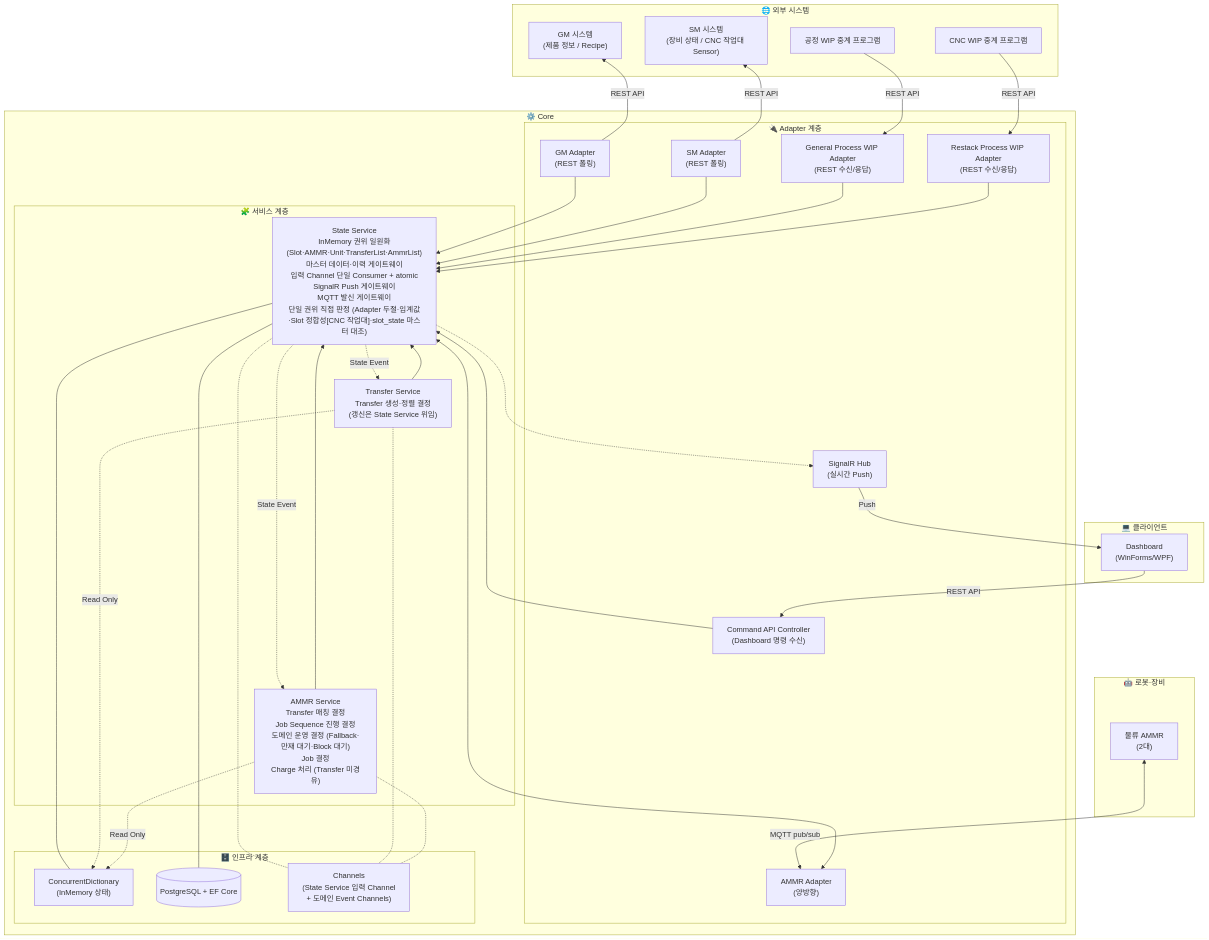
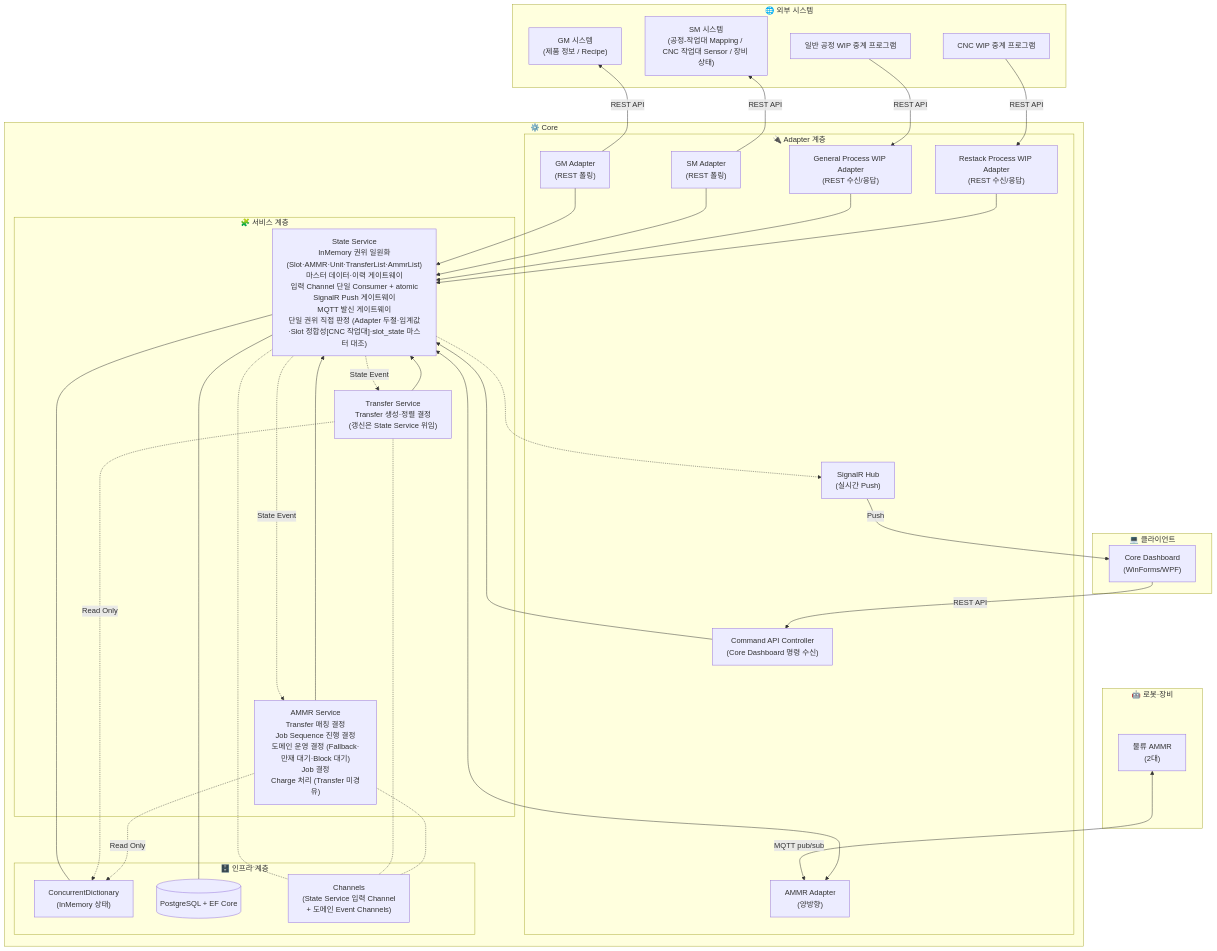
The third of 3 diagrams in docs/Core_SAD.md (kimminsu0315/Core-Docs), drawn with Mermaid before and after one commit. The commit also changed other lines of this file and 17 other files, not shown here.

```diff
--- a/docs/Core_SAD.md
+++ b/docs/Core_SAD.md
@@ -286,8 +279,8 @@
 flowchart TB
     subgraph External["🌐 외부 시스템"]
         GM["GM 시스템<br/>(제품 정보 / Recipe)"]
-        SM["SM 시스템<br/>(장비 상태 / CNC 작업대 Sensor)"]
-        WIPGen["공정 WIP 중계 프로그램"]
+        SM["SM 시스템<br/>(공정-작업대 Mapping / CNC 작업대 Sensor / 장비 상태)"]
+        WIPGen["일반 공정 WIP 중계 프로그램"]
         WIPRestack["CNC WIP 중계 프로그램"]
     end
 
@@ -296,7 +289,7 @@
     end
 
     subgraph Client["💻 클라이언트"]
-        Dashboard["Dashboard<br/>(WinForms/WPF)"]
+        CoreDashboard["Core Dashboard<br/>(WinForms/WPF)"]
     end
 
     subgraph Core["⚙️ Core"]
@@ -307,7 +300,7 @@
             WIPRestackAdapter["Restack Process WIP Adapter<br/>(REST 수신/응답)"]
             MQTTAdapter["AMMR Adapter<br/>(양방향)"]
             SignalRHub["SignalR Hub<br/>(실시간 Push)"]
-            CommandAPI["Command API Controller<br/>(Dashboard 명령 수신)"]
+            CommandAPI["Command API Controller<br/>(Core Dashboard 명령 수신)"]
         end
 
         subgraph Service["🧩 서비스 계층"]
@@ -338,8 +331,8 @@
     WIPGen -->|"REST API"| WIPGenAdapter
     WIPRestack -->|"REST API"| WIPRestackAdapter
     AMMR <-->|"MQTT pub/sub"| MQTTAdapter
-    SignalRHub -->|"Push"| Dashboard
-    Dashboard -->|"REST API"| CommandAPI
+    SignalRHub -->|"Push"| CoreDashboard
+    CoreDashboard -->|"REST API"| CommandAPI
 
     GMAdapter --> StateService
     SMAdapter --> StateService
```
